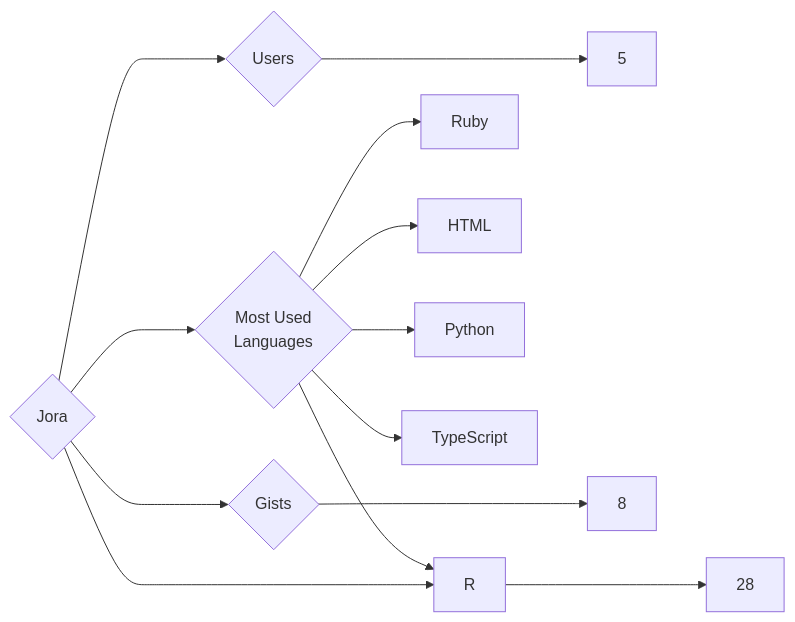
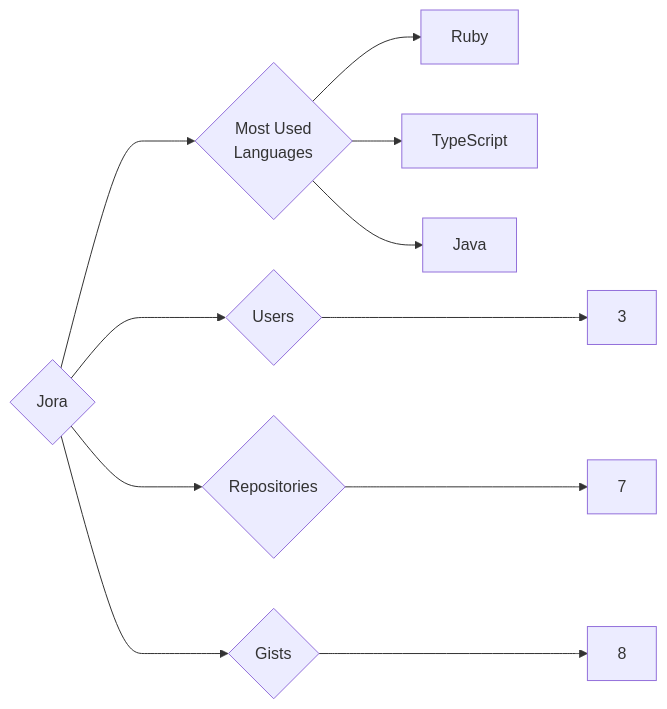
One commit to trickest/insiders changed the diagram in targets/Jora/README.md. Above: the diagram before and after it, drawn with Mermaid. The commit also changed 1238 other files, not shown here.

````diff
--- a/targets/Jora/README.md
+++ b/targets/Jora/README.md
@@ -3,13 +3,11 @@
 ```mermaid
 graph LR
 COMPANY_NAME{Jora}
-COMPANY_NAME ---> U{Users} ---> UN[5]
-COMPANY_NAME ---> R{Repositories} ---> RN[28]
+COMPANY_NAME ---> U{Users} ---> UN[3]
+COMPANY_NAME ---> R{Repositories} ---> RN[7]
 COMPANY_NAME ---> G{Gists} ---> GN[8]
 COMPANY_NAME ---> ML{Most Used<br>Languages}
 ML --> Ruby[Ruby]
-ML --> HTML[HTML]
-ML --> Python[Python]
-ML --> R[R]
 ML --> TypeScript[TypeScript]
+ML --> Java[Java]
 ```
````
